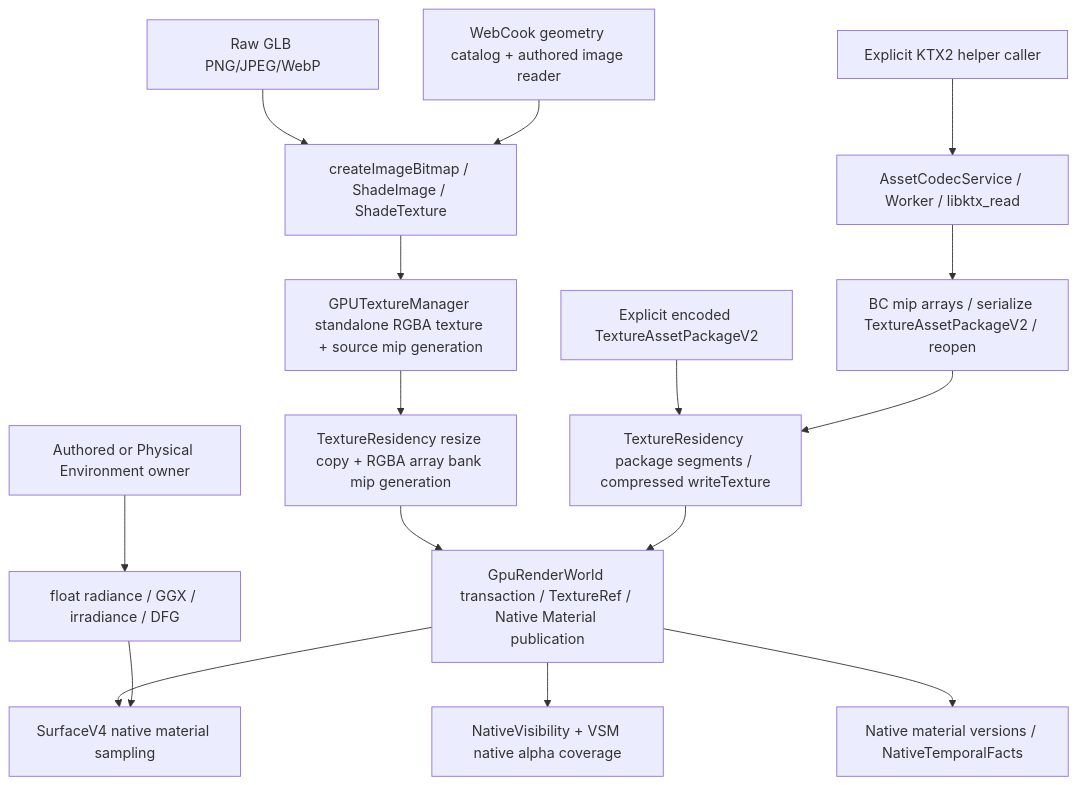
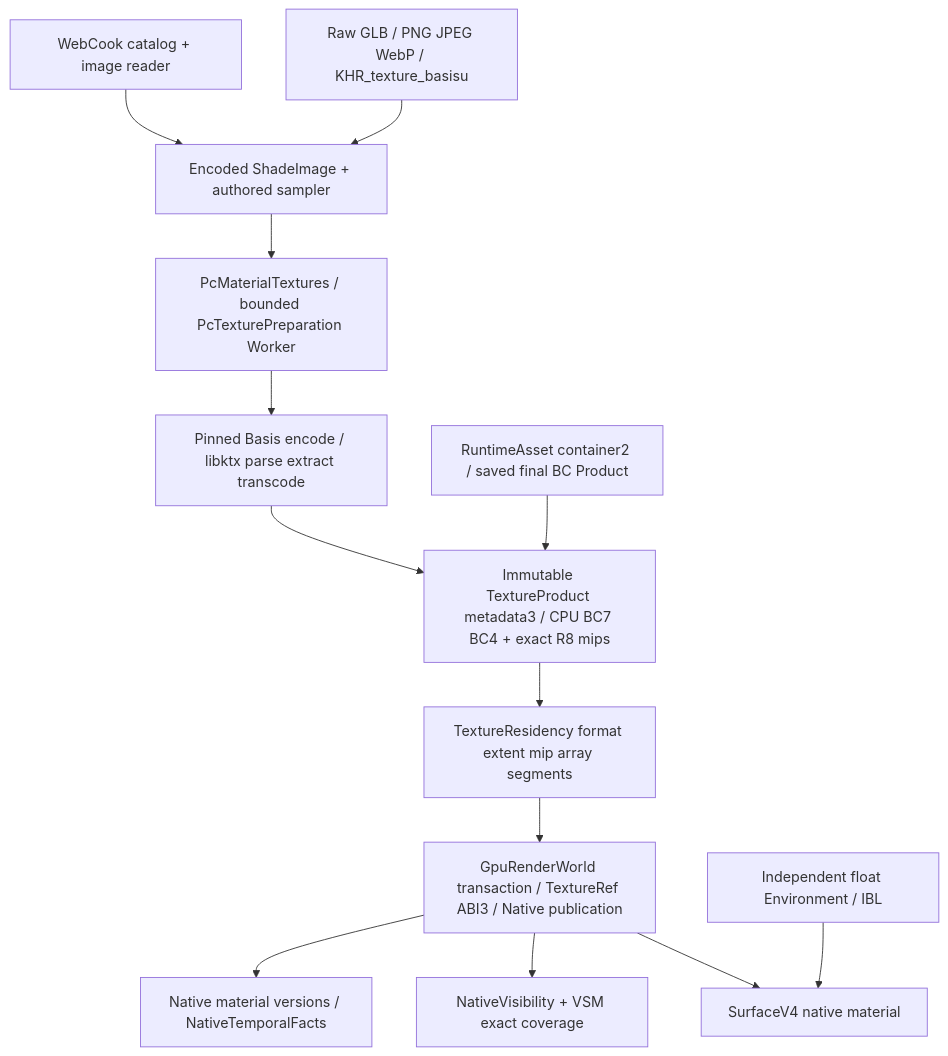
Before and after one commit to bigbigbig2/EEngine: the first of 2 diagrams in docs/next-design/eengine-v4-texture-compression-2026-10.md, drawn with Mermaid. The commit also changed other lines of this file and 90 other files, not shown here.

````diff
--- a/docs/next-design/eengine-v4-texture-compression-2026-10.md
+++ b/docs/next-design/eengine-v4-texture-compression-2026-10.md
@@ -47,18 +47,15 @@
 ```mermaid
 flowchart TD
-  GLB[Raw GLB PNG/JPEG/WebP] --> Decode[createImageBitmap / ShadeImage / ShadeTexture]
-  Web[WebCook geometry catalog + authored image reader] --> Decode
-  Decode --> Source[GPUTextureManager standalone RGBA texture + source mip generation]
-  Source --> Raw[TextureResidency resize copy + RGBA array bank mip generation]
-  External[Explicit KTX2 helper caller] --> Worker[AssetCodecService / Worker / libktx_read]
-  Worker --> Repack[BC mip arrays / serialize TextureAssetPackageV2 / reopen]
-  Encoded[Explicit encoded TextureAssetPackageV2] --> Segment[TextureResidency package segments / compressed writeTexture]
-  Repack --> Segment
-  Raw --> Publish[GpuRenderWorld transaction / TextureRef / Native Material publication]
-  Segment --> Publish
-  Publish --> Surface[SurfaceV4 native material sampling]
-  Publish --> Alpha[NativeVisibility + VSM native alpha coverage]
+  GLB[Raw GLB / PNG JPEG WebP / KHR_texture_basisu] --> Source[Encoded ShadeImage + authored sampler]
+  Web[WebCook catalog + image reader] --> Source
+  Source --> Cold[PcMaterialTextures / bounded PcTexturePreparation Worker]
+  Cold --> Codec[Pinned Basis encode / libktx parse extract transcode]
+  Codec --> Product[Immutable TextureProduct metadata3 / CPU BC7 BC4 + exact R8 mips]
+  Disk[RuntimeAsset container2 / saved final BC Product] --> Product
+  Product --> Residency[TextureResidency format extent mip array segments]
+  Residency --> Publish[GpuRenderWorld transaction / TextureRef ABI3 / Native publication]
+  Publish --> Surface[SurfaceV4 native material]
+  Publish --> Alpha[NativeVisibility + VSM exact coverage]
   Publish --> Temporal[Native material versions / NativeTemporalFacts]
-  Environment[Authored or Physical Environment owner] --> IBL[float radiance / GGX / irradiance / DFG]
-  IBL --> Surface
+  Env[Independent float Environment / IBL] --> Surface
 ```
````
